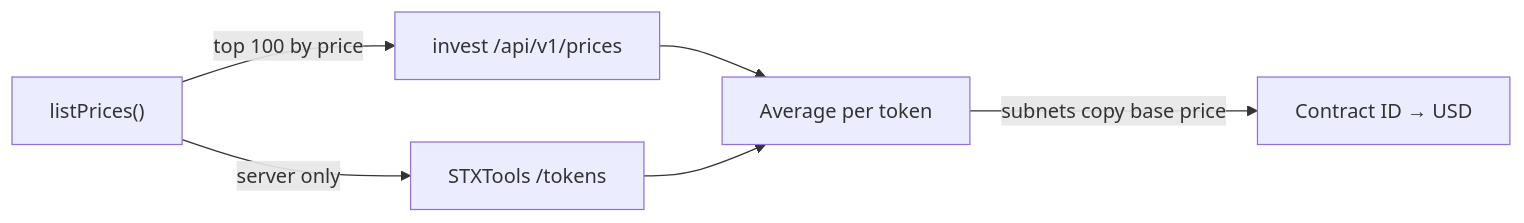
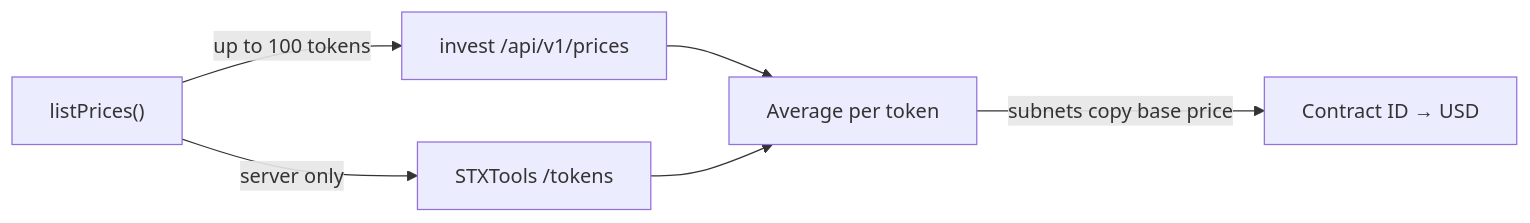
Before and after one commit to r0zar/charisma: the second of 2 diagrams in apps/docs/docs/prices/api-reference.md, drawn with Mermaid. The commit also changed other lines of this file and 2 other files, not shown here.

Commit message:
docs(prices): Price docs describe Charisma Prices; the brand app list includes it

````diff
--- a/apps/docs/docs/prices/api-reference.md
+++ b/apps/docs/docs/prices/api-reference.md
@@ -220,8 +136,8 @@
 ```mermaid
 flowchart LR
-  lp["listPrices()"] -->|"top 100 by price"| invest["invest /api/v1/prices"]
+  lp["listPrices()"] -->|"up to 100 tokens"| invest["invest /api/v1/prices"]
   lp -->|"server only"| stx["STXTools /tokens"]
   invest --> avg["Average per token"]
   stx --> avg
   avg -->|"subnets copy base price"| out["Contract ID → USD"]
 ```
````
